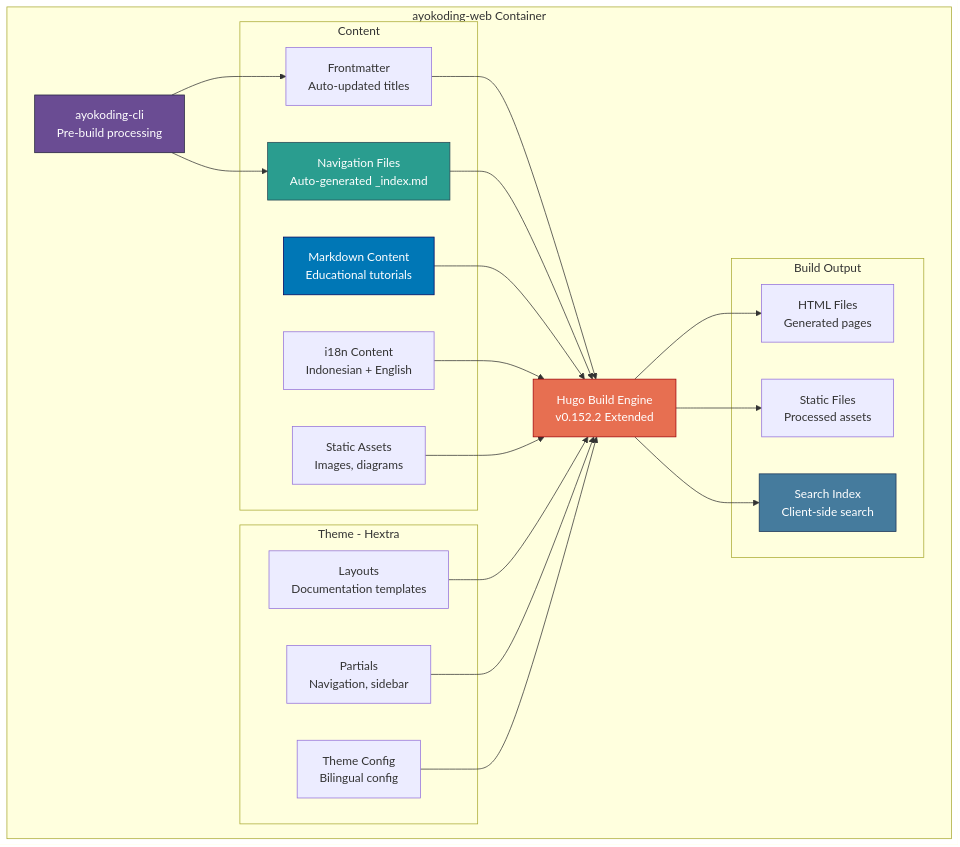
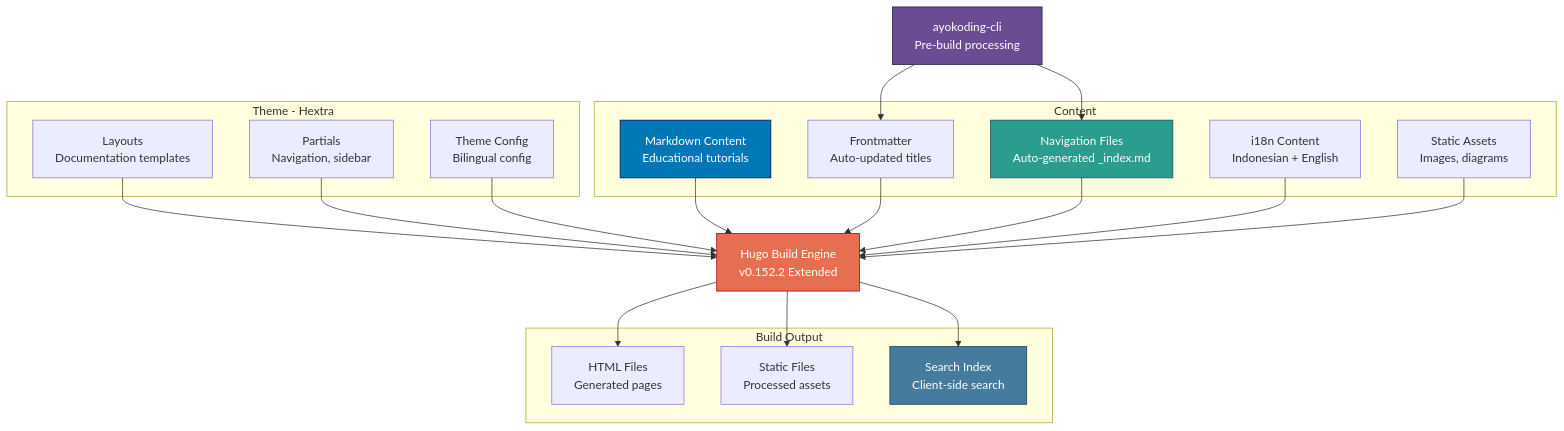
Before and after one commit to wahidyankf/open-sharia-enterprise: the ninth of 21 diagrams in docs/reference/re__system-architecture.md, drawn with Mermaid. The commit also changed other lines of this file, not shown here.

First line of the commit message:
fix(docs): resolve Mermaid nested subgraph syntax errors in C4 diagrams

````diff
--- a/docs/reference/re__system-architecture.md
+++ b/docs/reference/re__system-architecture.md
@@ -663,47 +653,45 @@
 ```mermaid
 graph TB
-    subgraph "ayokoding-web Container"
-        subgraph "Content"
-            MD_CONTENT_AYO[Markdown Content<br/>Educational tutorials]
-            FRONTMATTER_AYO[Frontmatter<br/>Auto-updated titles]
-            NAV_FILES[Navigation Files<br/>Auto-generated _index.md]
-            I18N_CONTENT[i18n Content<br/>Indonesian + English]
-            ASSETS_AYO[Static Assets<br/>Images, diagrams]
-        end
+    subgraph "Content"
+        MD_CONTENT_AYO[Markdown Content<br/>Educational tutorials]
+        FRONTMATTER_AYO[Frontmatter<br/>Auto-updated titles]
+        NAV_FILES[Navigation Files<br/>Auto-generated _index.md]
+        I18N_CONTENT[i18n Content<br/>Indonesian + English]
+        ASSETS_AYO[Static Assets<br/>Images, diagrams]
+    end
 
-        subgraph "Theme - Hextra"
-            LAYOUTS_AYO[Layouts<br/>Documentation templates]
-            PARTIALS_AYO[Partials<br/>Navigation, sidebar]
-            THEME_CONFIG_AYO[Theme Config<br/>Bilingual config]
-        end
+    subgraph "Theme - Hextra"
+        LAYOUTS_AYO[Layouts<br/>Documentation templates]
+        PARTIALS_AYO[Partials<br/>Navigation, sidebar]
+        THEME_CONFIG_AYO[Theme Config<br/>Bilingual config]
+    end
 
-        subgraph "Build Output"
-            HTML_AYO[HTML Files<br/>Generated pages]
-            STATIC_AYO[Static Files<br/>Processed assets]
-            SEARCH_INDEX[Search Index<br/>Client-side search]
-        end
+    subgraph "Build Output"
+        HTML_AYO[HTML Files<br/>Generated pages]
+        STATIC_AYO[Static Files<br/>Processed assets]
+        SEARCH_INDEX[Search Index<br/>Client-side search]
+    end
 
-        HUGO_AYO[Hugo Build Engine<br/>v0.152.2 Extended]
-        AYOCLI_PROC[ayokoding-cli<br/>Pre-build processing]
-    end
+    HUGO_AYO[Hugo Build Engine<br/>v0.152.2 Extended]
+    AYOCLI_PROC[ayokoding-cli<br/>Pre-build processing]
 
     AYOCLI_PROC --> FRONTMATTER_AYO
     AYOCLI_PROC --> NAV_FILES
     MD_CONTENT_AYO --> HUGO_AYO
     FRONTMATTER_AYO --> HUGO_AYO
     NAV_FILES --> HUGO_AYO
     I18N_CONTENT --> HUGO_AYO
     LAYOUTS_AYO --> HUGO_AYO
     PARTIALS_AYO --> HUGO_AYO
     THEME_CONFIG_AYO --> HUGO_AYO
     ASSETS_AYO --> HUGO_AYO
     HUGO_AYO --> HTML_AYO
     HUGO_AYO --> STATIC_AYO
     HUGO_AYO --> SEARCH_INDEX
 
     style MD_CONTENT_AYO fill:#0077b6,stroke:#03045e,color:#ffffff
     style AYOCLI_PROC fill:#6a4c93,stroke:#22223b,color:#ffffff
     style NAV_FILES fill:#2a9d8f,stroke:#264653,color:#ffffff
     style HUGO_AYO fill:#e76f51,stroke:#9d0208,color:#ffffff
     style SEARCH_INDEX fill:#457b9d,stroke:#1d3557,color:#ffffff
 ```
````
